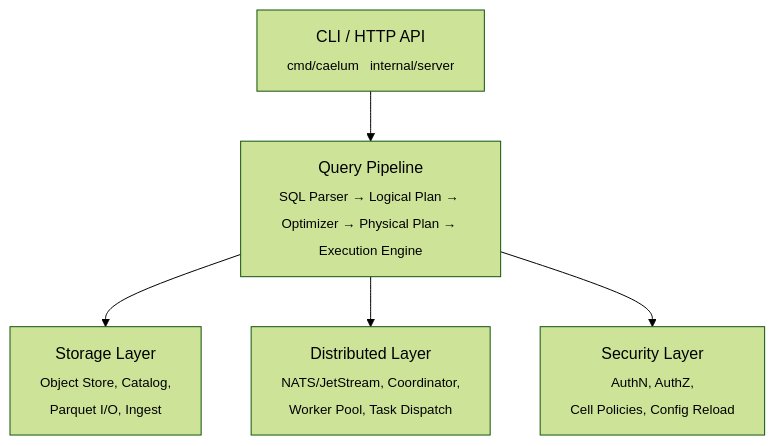
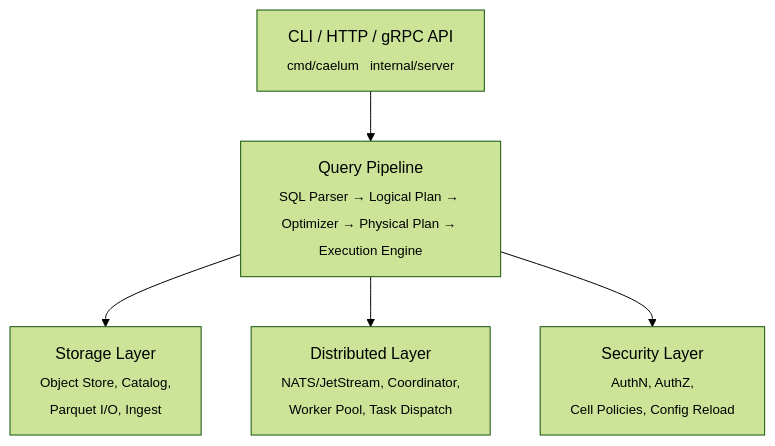
The first of 3 diagrams in docs/architecture.md (derekmwright/wadjet), drawn with Mermaid (forest theme) before and after one commit. The commit also changed other lines of this file and 25 other files, not shown here.

First line of the commit message:
Add gRPC API and remove pkg/ directory

````diff
--- a/docs/architecture.md
+++ b/docs/architecture.md
@@ -7,13 +7,13 @@
 ```mermaid
 graph TD
-    API["CLI / HTTP API<br/><sub>cmd/caelum &nbsp; internal/server</sub>"]
+    API["CLI / HTTP / gRPC API<br/><sub>cmd/caelum &nbsp; internal/server</sub>"]
     QP["Query Pipeline<br/><sub>SQL Parser → Logical Plan → Optimizer → Physical Plan → Execution Engine</sub>"]
     ST["Storage Layer<br/><sub>Object Store, Catalog,<br/>Parquet I/O, Ingest</sub>"]
     DL["Distributed Layer<br/><sub>NATS/JetStream, Coordinator,<br/>Worker Pool, Task Dispatch</sub>"]
     SL["Security Layer<br/><sub>AuthN, AuthZ,<br/>Cell Policies, Config Reload</sub>"]
 
     API --> QP
     QP --> ST
     QP --> DL
     QP --> SL
 ```
````
